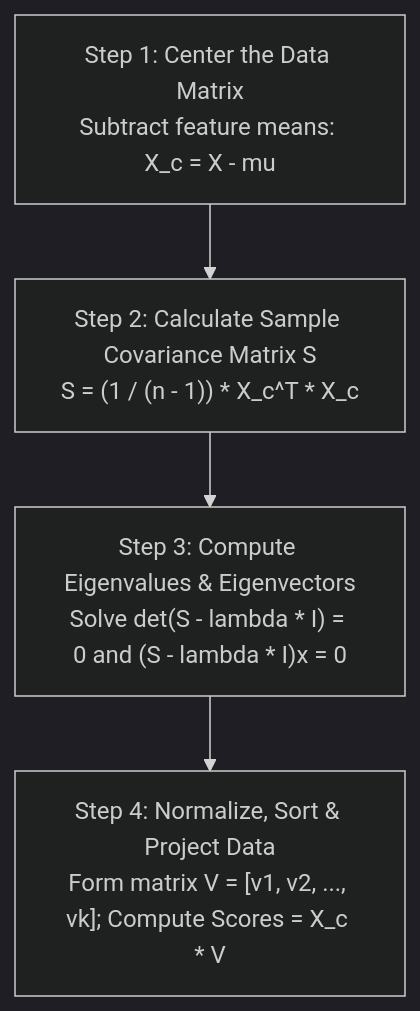
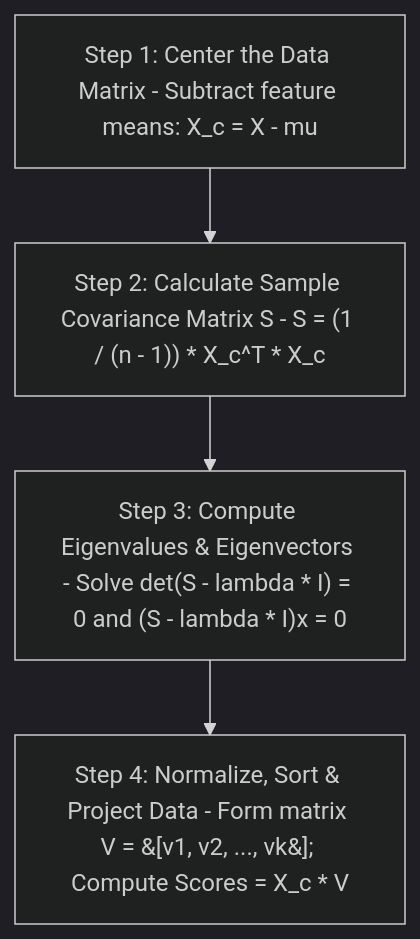
Before and after one commit to DeepLumiere/DeepSkills: diagram 14 of 21 in notes/data_analysis/Unit_4_notes.md, drawn with Mermaid (dark theme). The commit also changed other lines of this file and 56 other files, not shown here.

````diff
--- a/notes/data_analysis/Unit_4_notes.md
+++ b/notes/data_analysis/Unit_4_notes.md
@@ -926,6 +924,6 @@
 ```mermaid
 flowchart TD
-    STEP1["Step 1: Center the Data Matrix<br/>Subtract feature means: X_c = X - mu"] --> STEP2["Step 2: Calculate Sample Covariance Matrix S<br/>S = (1 / (n - 1)) * X_c^T * X_c"]
-    STEP2 --> STEP3["Step 3: Compute Eigenvalues & Eigenvectors<br/>Solve det(S - lambda * I) = 0 and (S - lambda * I)x = 0"]
-    STEP3 --> STEP4["Step 4: Normalize, Sort & Project Data<br/>Form matrix V = [v1, v2, ..., vk]; Compute Scores = X_c * V"]
+    STEP1["Step 1: Center the Data Matrix - Subtract feature means: X_c = X - mu"] --> STEP2["Step 2: Calculate Sample Covariance Matrix S - S = (1 / (n - 1)) * X_c^T * X_c"]
+    STEP2 --> STEP3["Step 3: Compute Eigenvalues & Eigenvectors - Solve det(S - lambda * I) = 0 and (S - lambda * I)x = 0"]
+    STEP3 --> STEP4["Step 4: Normalize, Sort & Project Data - Form matrix V = &#91;v1, v2, ..., vk&#93;; Compute Scores = X_c * V"]
 ```
````
